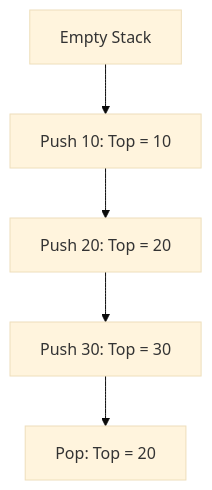
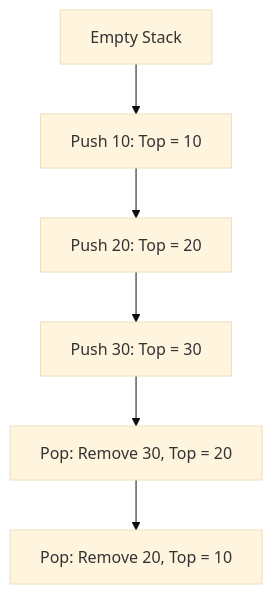
Before and after one commit to XE0N-Eg0/DSA-C: the first of 5 diagrams in DSA-C/Chapter 3 - Stack/00_Stack_Notes.md, drawn with Mermaid (base theme). The commit also changed other lines of this file, not shown here.

````diff
--- a/DSA-C/Chapter 3 - Stack/00_Stack_Notes.md
+++ b/DSA-C/Chapter 3 - Stack/00_Stack_Notes.md
@@ -7,7 +7,8 @@
 ```mermaid
 graph TB
-    A[Empty Stack] --> B[Push 10: Top = 10]
-    B --> C[Push 20: Top = 20]
-    C --> D[Push 30: Top = 30]
-    D --> E[Pop: Top = 20]
+    EmptyStack[Empty Stack] --> Push10[Push 10: Top = 10]
+    Push10 --> Push20[Push 20: Top = 20]
+    Push20 --> Push30[Push 30: Top = 30]
+    Push30 --> Pop30[Pop: Remove 30, Top = 20]
+    Pop30 --> Pop20[Pop: Remove 20, Top = 10]
 ```
````
